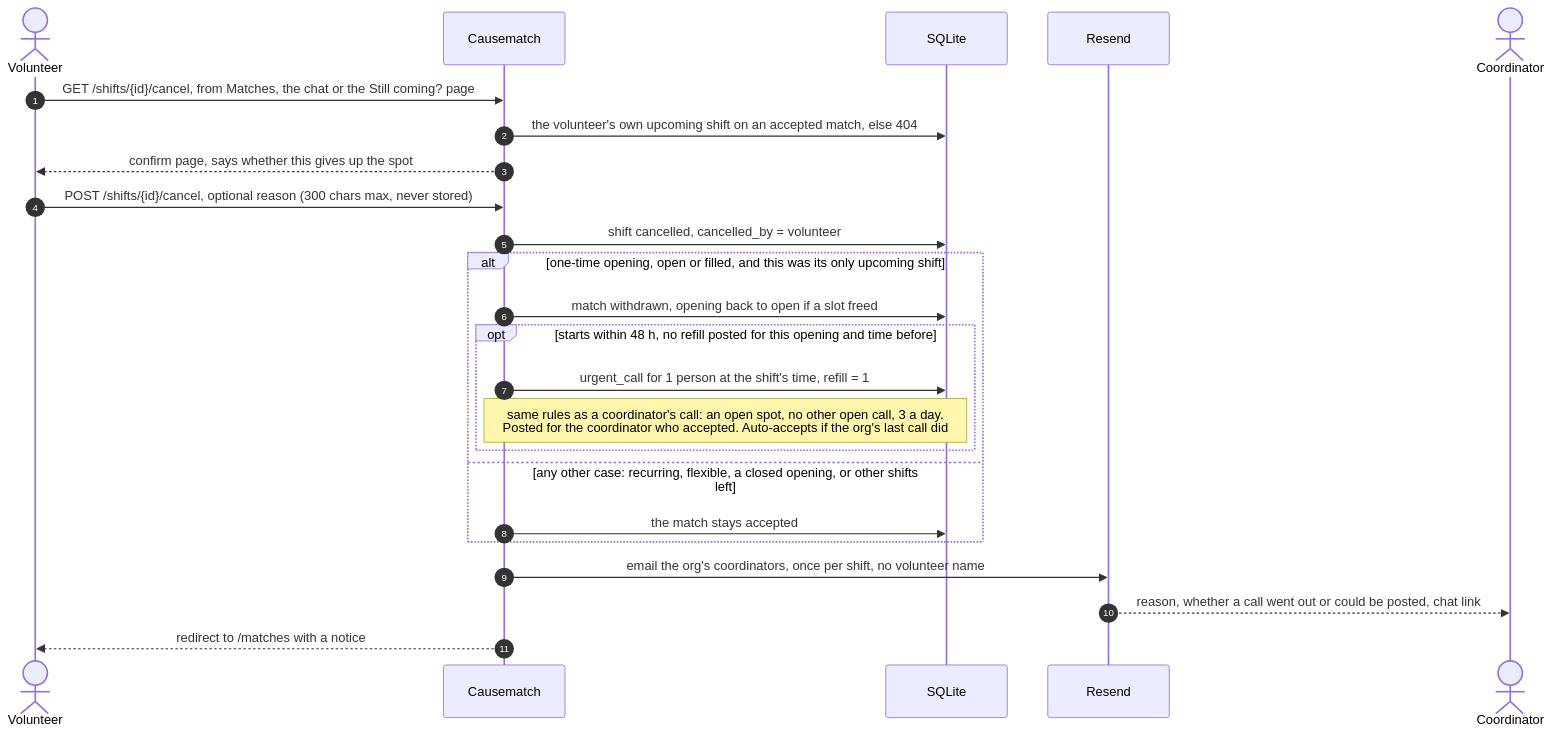
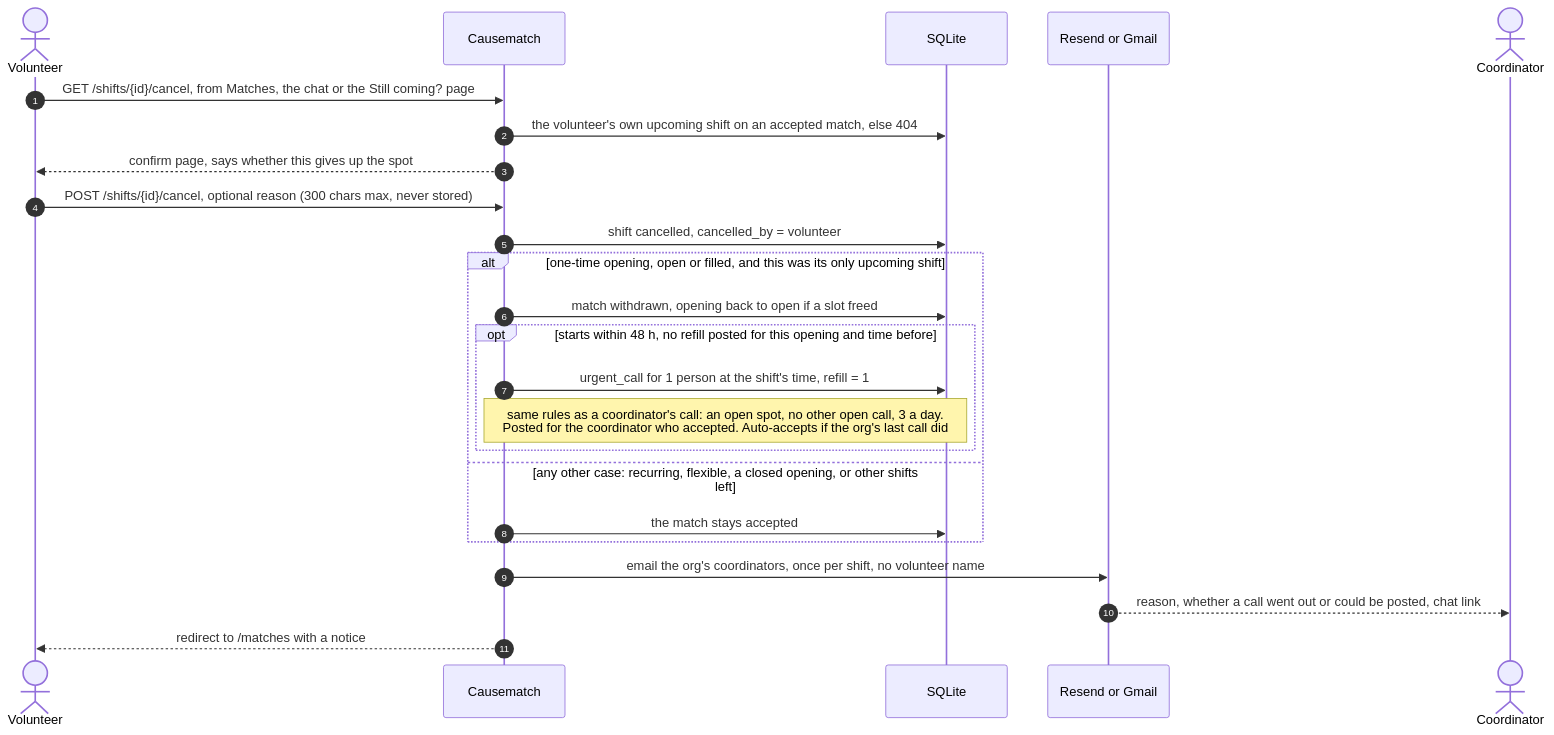
Before and after one commit to slegroux/causematch: diagram 21 of 26 in docs/ARCHITECTURE.md, drawn with Mermaid. The commit also changed other lines of this file, not shown here.

First line of the commit message:
Architecture doc: up to date with main through #39

````diff
--- a/docs/ARCHITECTURE.md
+++ b/docs/ARCHITECTURE.md
@@ -1153,27 +1190,27 @@
 ```mermaid
 sequenceDiagram
     autonumber
     actor V as Volunteer
     participant A as Causematch
     participant DB as SQLite
-    participant R as Resend
+    participant R as Resend or Gmail
     actor C as Coordinator
 
     V->>A: GET /shifts/{id}/cancel, from Matches, the chat or the Still coming? page
     A->>DB: the volunteer's own upcoming shift on an accepted match, else 404
     A-->>V: confirm page, says whether this gives up the spot
     V->>A: POST /shifts/{id}/cancel, optional reason (300 chars max, never stored)
     A->>DB: shift cancelled, cancelled_by = volunteer
     alt one-time opening, open or filled, and this was its only upcoming shift
         A->>DB: match withdrawn, opening back to open if a slot freed
         opt starts within 48 h, no refill posted for this opening and time before
             A->>DB: urgent_call for 1 person at the shift's time, refill = 1
             Note over A,DB: same rules as a coordinator's call: an open spot, no other open call, 3 a day.<br/>Posted for the coordinator who accepted. Auto-accepts if the org's last call did
         end
     else any other case: recurring, flexible, a closed opening, or other shifts left
         A->>DB: the match stays accepted
     end
     A->>R: email the org's coordinators, once per shift, no volunteer name
     R-->>C: reason, whether a call went out or could be posted, chat link
     A-->>V: redirect to /matches with a notice
 ```
````
